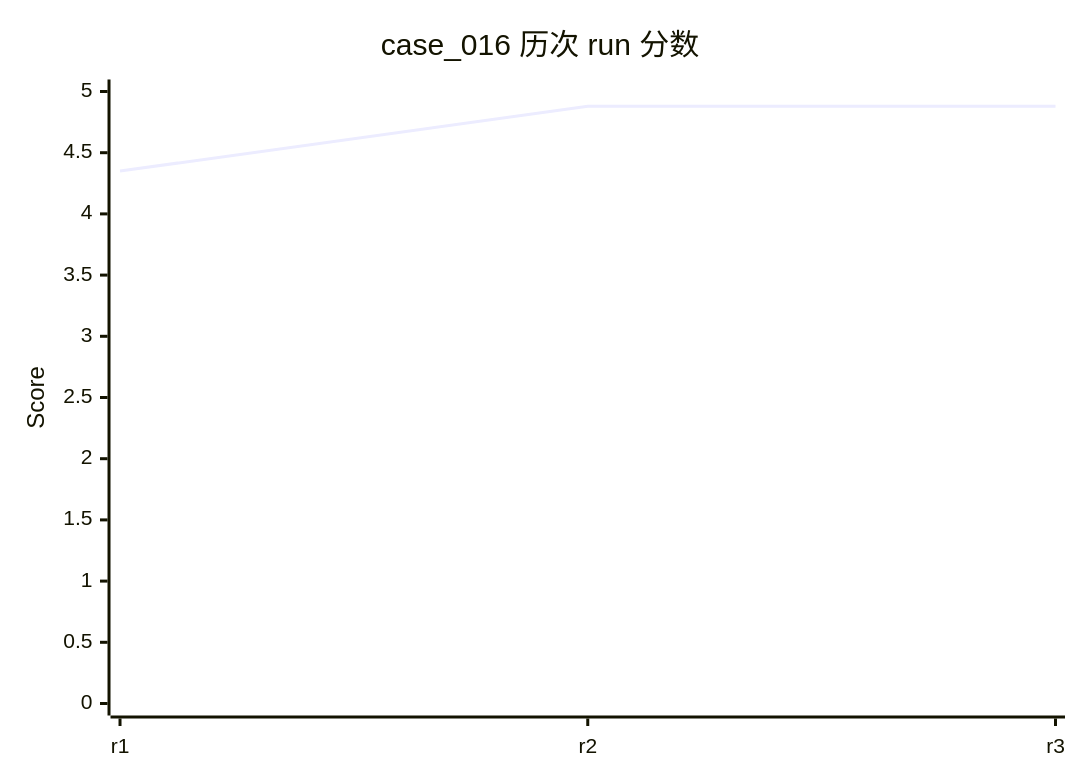
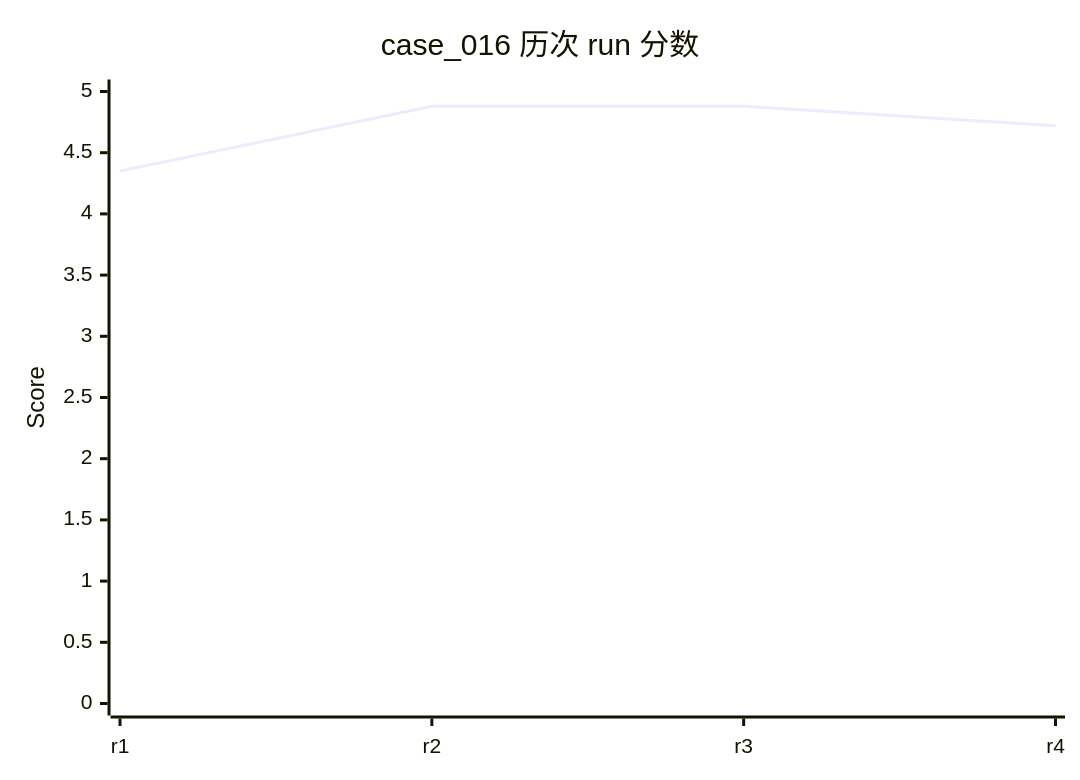
Before and after one commit to rushengzhou/sid-code: diagram 20 of 58 in evals/DASHBOARD.md, drawn with Mermaid. The commit also changed other lines of this file and 34 other files, not shown here.

````diff
--- a/evals/DASHBOARD.md
+++ b/evals/DASHBOARD.md
@@ -446,7 +451,7 @@
 ```mermaid
 xychart-beta
     title "case_016 历次 run 分数"
-    x-axis [r1, r2, r3]
+    x-axis [r1, r2, r3, r4]
     y-axis "Score" 0 --> 5
-    line [4.35, 4.88, 4.88]
+    line [4.35, 4.88, 4.88, 4.72]
 ```
````
